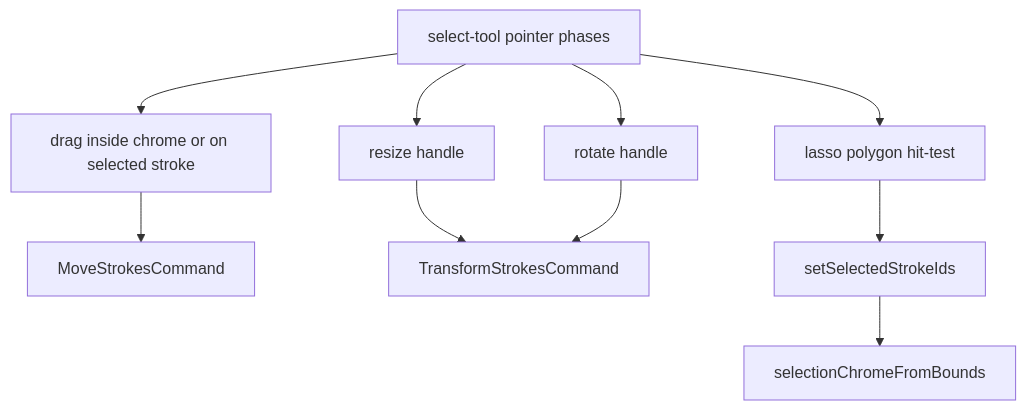
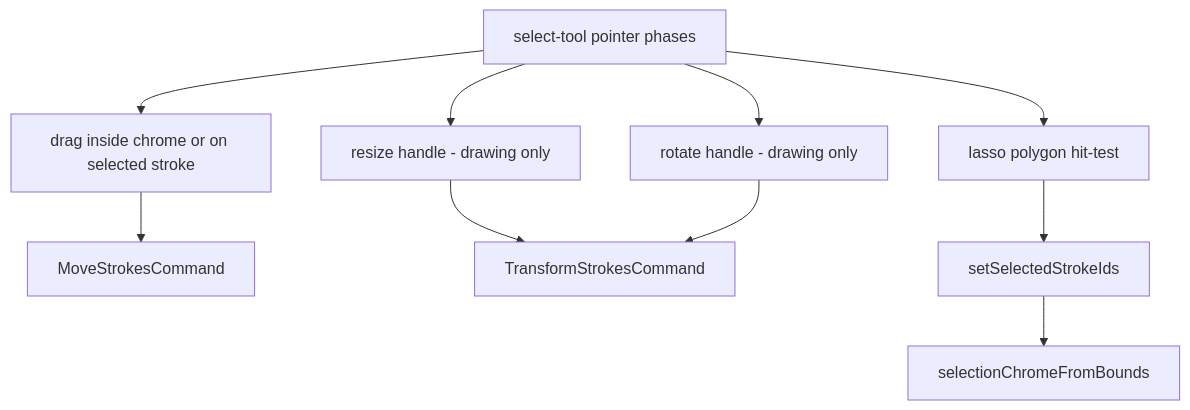
The diagram in docs/ink-canvas-selection.md (daledesilva/obsidian_ink), drawn with Mermaid before and after one commit. The commit also changed other lines of this file and 253 other files, not shown here.

````diff
--- a/docs/ink-canvas-selection.md
+++ b/docs/ink-canvas-selection.md
@@ -20,13 +20,13 @@
 ```mermaid
 flowchart TD
   SelectTool[select-tool pointer phases]
   SelectTool --> Lasso[lasso polygon hit-test]
   SelectTool --> Drag[drag inside chrome or on selected stroke]
-  SelectTool --> Resize[resize handle]
-  SelectTool --> Rotate[rotate handle]
+  SelectTool --> Resize[resize handle - drawing only]
+  SelectTool --> Rotate[rotate handle - drawing only]
   Drag --> MoveCmd[MoveStrokesCommand]
   Resize --> TransformCmd[TransformStrokesCommand]
   Rotate --> TransformCmd
   Lasso --> SetIds[setSelectedStrokeIds]
   SetIds --> Chrome[selectionChromeFromBounds]
 ```
````
